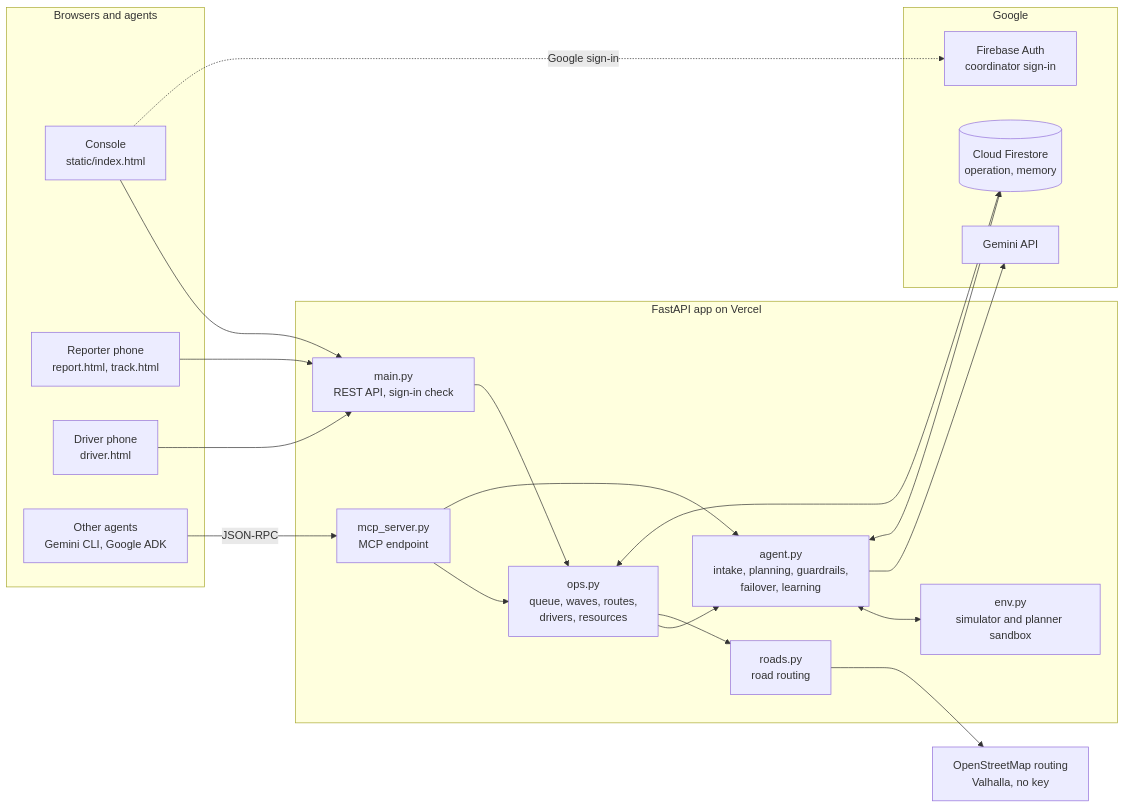
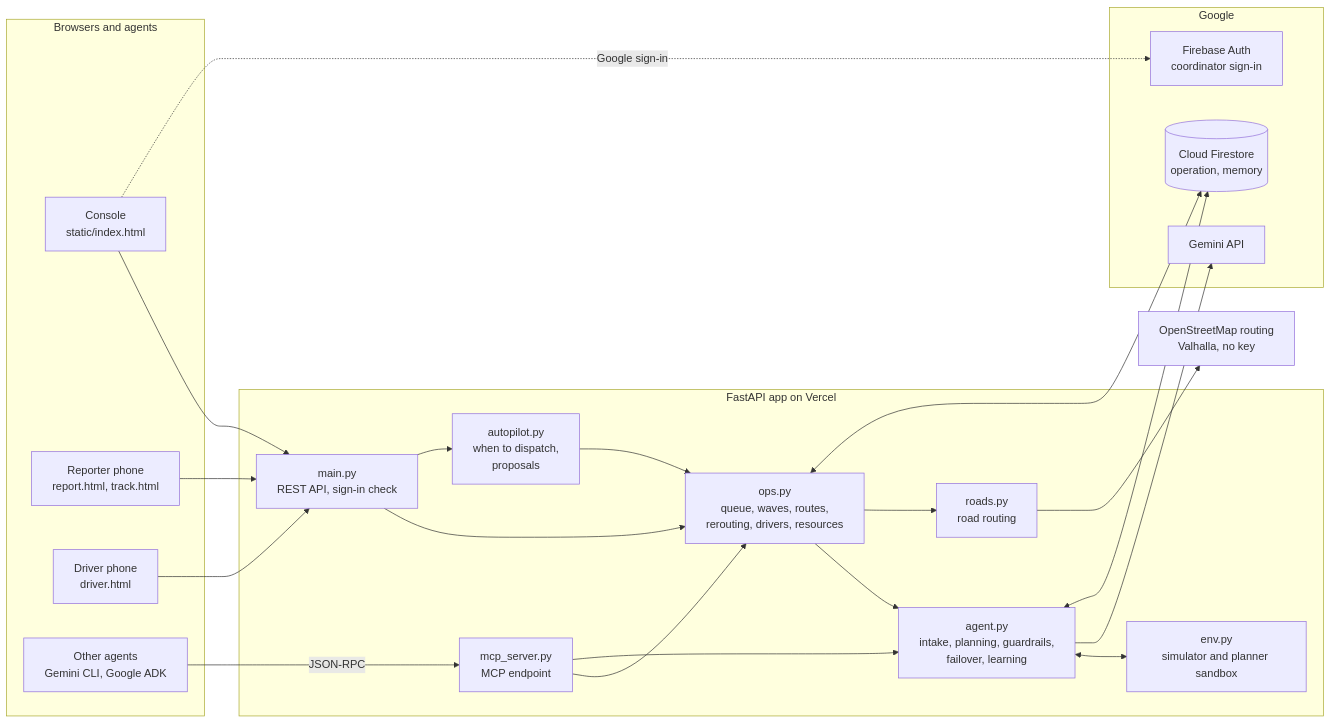
The third of 3 diagrams in README.md (Pranav-0710/reliefroute), drawn with Mermaid before and after one commit. The commit also changed other lines of this file and 11 other files, not shown here.

````diff
--- a/README.md
+++ b/README.md
@@ -166,38 +182,41 @@
 ```mermaid
 flowchart LR
     subgraph Clients["Browsers and agents"]
         UI["Console<br/>static/index.html"]
         PH["Reporter phone<br/>report.html, track.html"]
         DRV["Driver phone<br/>driver.html"]
         EXT["Other agents<br/>Gemini CLI, Google ADK"]
     end
     subgraph Server["FastAPI app on Vercel"]
         API["main.py<br/>REST API, sign-in check"]
         MCP["mcp_server.py<br/>MCP endpoint"]
-        OPS["ops.py<br/>queue, waves, routes,<br/>drivers, resources"]
+        OPS["ops.py<br/>queue, waves, routes,<br/>rerouting, drivers, resources"]
+        AUTO["autopilot.py<br/>when to dispatch,<br/>proposals"]
         AG["agent.py<br/>intake, planning, guardrails,<br/>failover, learning"]
         SIM["env.py<br/>simulator and planner sandbox"]
         RD["roads.py<br/>road routing"]
     end
     subgraph Google["Google"]
         GEM["Gemini API"]
         FS[("Cloud Firestore<br/>operation, memory")]
         FA["Firebase Auth<br/>coordinator sign-in"]
     end
     OSM["OpenStreetMap routing<br/>Valhalla, no key"]
     UI --> API
     PH --> API
     DRV --> API
     EXT -->|JSON-RPC| MCP
     UI -.->|Google sign-in| FA
     API --> OPS
+    API --> AUTO
+    AUTO --> OPS
     MCP --> OPS
     MCP --> AG
     OPS --> AG
     OPS --> RD
     AG <--> SIM
     AG --> GEM
     OPS <--> FS
     AG <--> FS
     RD --> OSM
 ```
````
